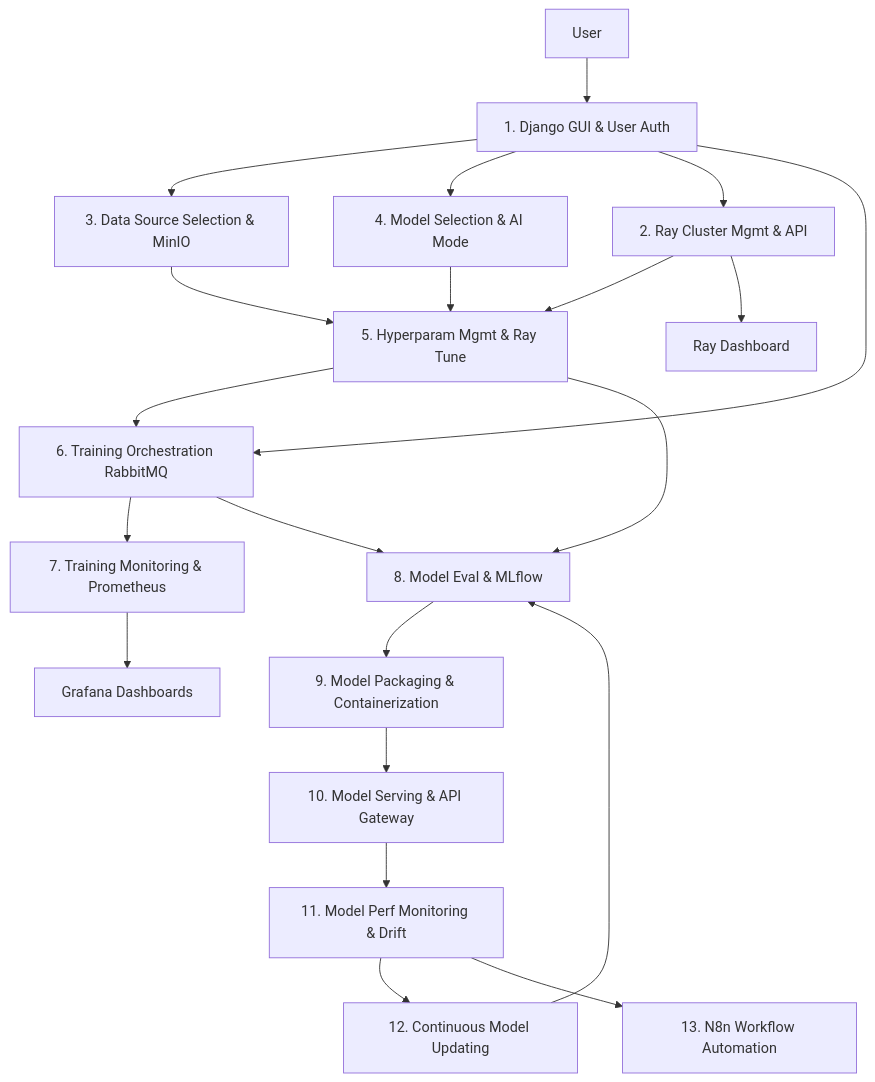
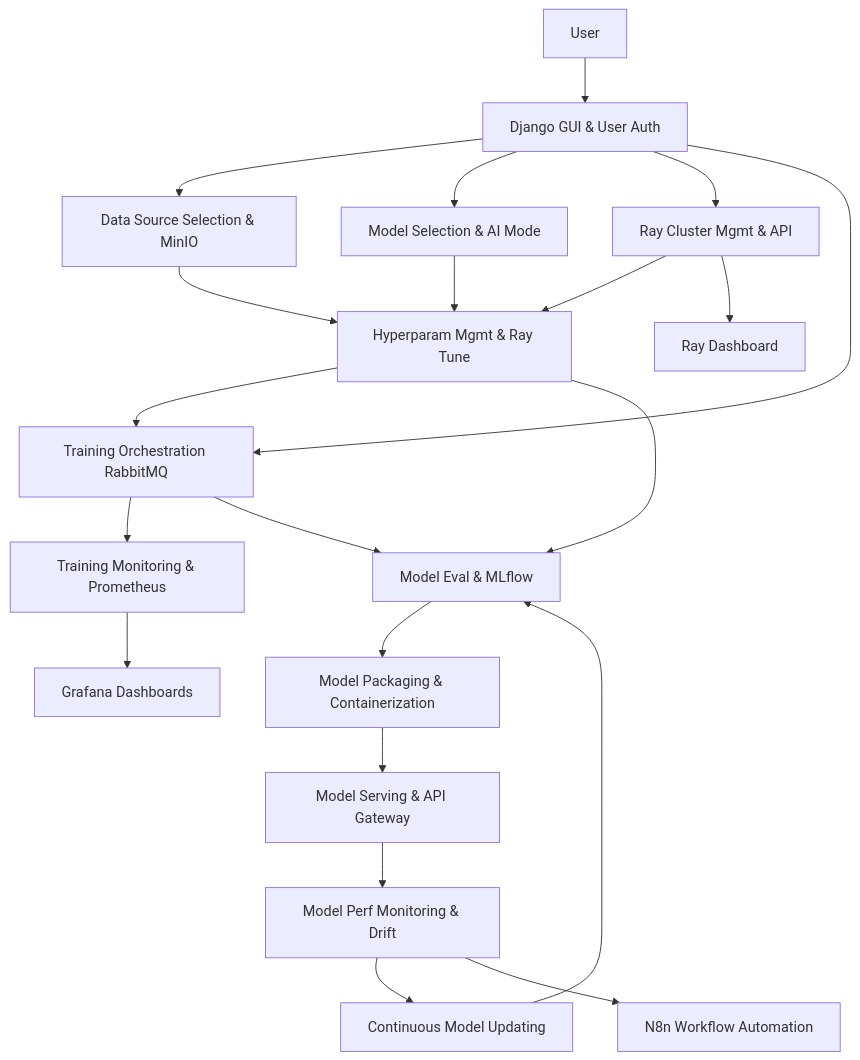
Before and after one commit to username-not-important/cloud-computing-2025: the first of 3 diagrams in project/readme.md, drawn with Mermaid. The commit also changed other lines of this file, not shown here.

````diff
--- a/project/readme.md
+++ b/project/readme.md
@@ -46,40 +45,23 @@
 ```mermaid
 flowchart TD
-    User[User]
-    Django[1. Django GUI & User Auth]
-    MinIO[3. Data Source Selection & MinIO]
-    ModelSel[4. Model Selection & AI Mode]
-    RayMgmt[2. Ray Cluster Mgmt & API]
-    RayTrain[5. Hyperparam Mgmt & Ray Tune]
-    Rabbit[6. Training Orchestration RabbitMQ]
-    Prom[7. Training Monitoring & Prometheus]
-    MLflow[8. Model Eval & MLflow]
-    Docker[9. Model Packaging & Containerization]
-    Serve[10. Model Serving & API Gateway]
-    Drift[11. Model Perf Monitoring & Drift]
-    Update[12. Continuous Model Updating]
-    N8n[13. N8n Workflow Automation]
-    Grafana[Grafana Dashboards]
-    RayDash[Ray Dashboard]
-
-    User --> Django
-    Django --> MinIO
-    Django --> ModelSel
-    Django --> RayMgmt
-    Django --> Rabbit
-    MinIO --> RayTrain
+    User[User] --> Django[Django GUI & User Auth]
+    Django --> MinIO[Data Source Selection & MinIO]
+    Django --> ModelSel[Model Selection & AI Mode]
+    Django --> RayMgmt[Ray Cluster Mgmt & API]
+    Django --> Rabbit[Training Orchestration RabbitMQ]
+    MinIO --> RayTrain[Hyperparam Mgmt & Ray Tune]
     ModelSel --> RayTrain
     RayMgmt --> RayTrain
     RayTrain --> Rabbit
-    Rabbit --> Prom
-    Rabbit --> MLflow
+    Rabbit --> Prom[Training Monitoring & Prometheus]
+    Rabbit --> MLflow[Model Eval & MLflow]
     RayTrain --> MLflow
-    MLflow --> Docker
-    Docker --> Serve
-    Serve --> Drift
-    Drift --> Update
+    MLflow --> Docker[Model Packaging & Containerization]
+    Docker --> Serve[Model Serving & API Gateway]
+    Serve --> Drift[Model Perf Monitoring & Drift]
+    Drift --> Update[Continuous Model Updating]
     Update --> MLflow
-    Drift --> N8n
-    Prom --> Grafana
-    RayMgmt --> RayDash
+    Drift --> N8n[N8n Workflow Automation]
+    Prom --> Grafana[Grafana Dashboards]
+    RayMgmt --> RayDash[Ray Dashboard]
 ```
````
